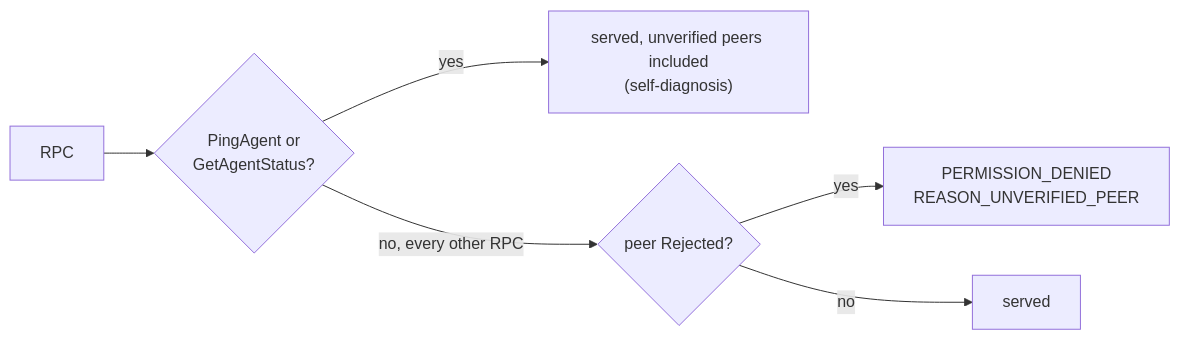
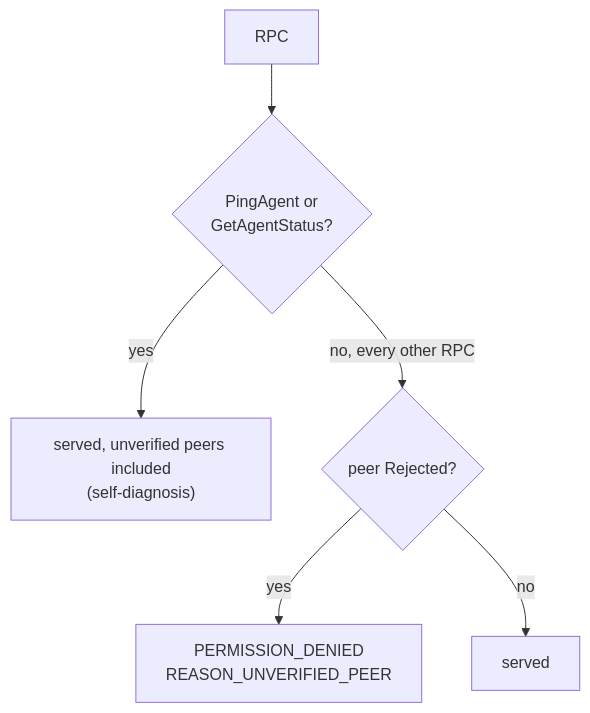
Before and after one commit to sorah/mairu: the second of 4 diagrams in docs/specs/004-peer-verification.md, drawn with Mermaid. The commit also changed other lines of this file and 17 other files, not shown here.

First line of the commit message:
docs/specs: rework diagrams and helper locations

````diff
--- a/docs/specs/004-peer-verification.md
+++ b/docs/specs/004-peer-verification.md
@@ -59,8 +59,8 @@
 ```mermaid
-flowchart LR
+flowchart TB
   R["RPC"] --> Q{"PingAgent or<br/>GetAgentStatus?"}
   Q -- "yes" --> O["served, unverified peers included<br/>(self-diagnosis)"]
   Q -- "no, every other RPC" --> T{"peer Rejected?"}
   T -- "yes" --> D["PERMISSION_DENIED<br/>REASON_UNVERIFIED_PEER"]
   T -- "no" --> S["served"]
 ```
````
